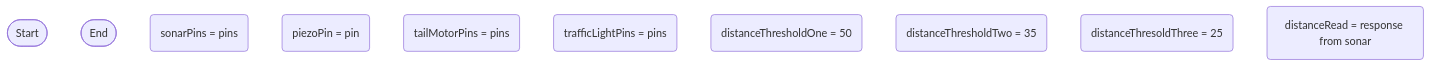
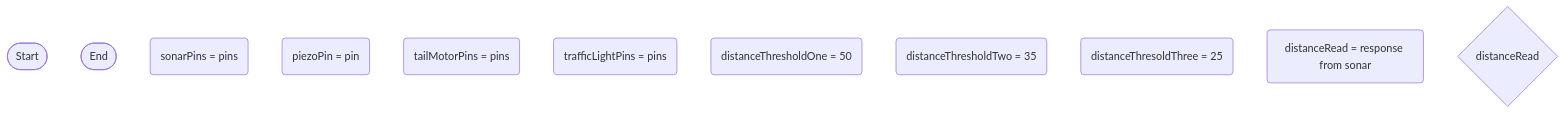
One commit to Deltace05/SmartDog changed the diagram in logic.md. Above: the diagram before and after it, drawn with Mermaid.

````diff
--- a/logic.md
+++ b/logic.md
@@ -1,13 +1,14 @@
 ```mermaid
 flowchart TD
 terminalStart([Start])
 terminalEnd([End])
 setSonarRead(sonarPins = pins)
 setPiezoPin(piezoPin = pin)
 setTail(tailMotorPins = pins)
 setLight(trafficLightPins = pins)
 thresholdSetOne(distanceThresholdOne = 50)
 thresholdSetTwo(distanceThresholdTwo = 35)
 thresholdSetThree(distanceThresoldThree = 25)
 currentDistanceReading(distanceRead = response from sonar)
+ifDistanceLessThanThresholdOne{distanceRead <distanceThresholdOne>}
 ```
````
